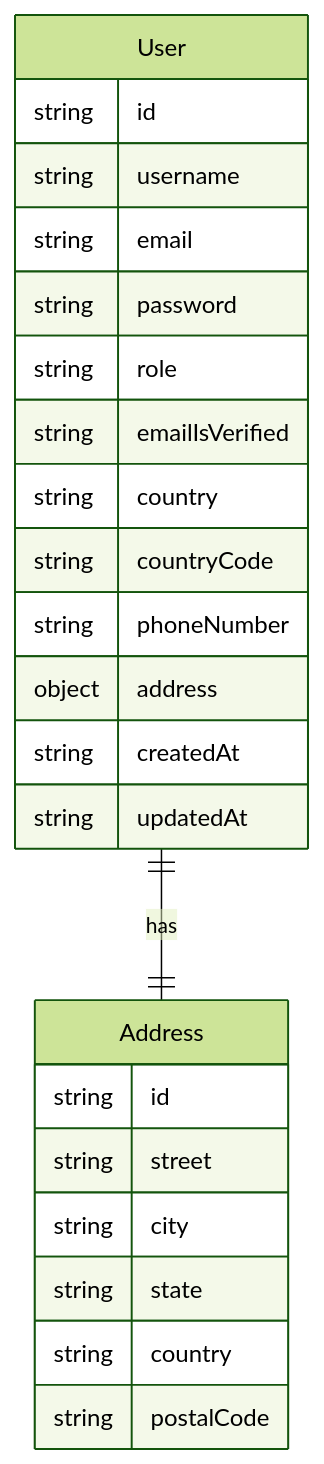
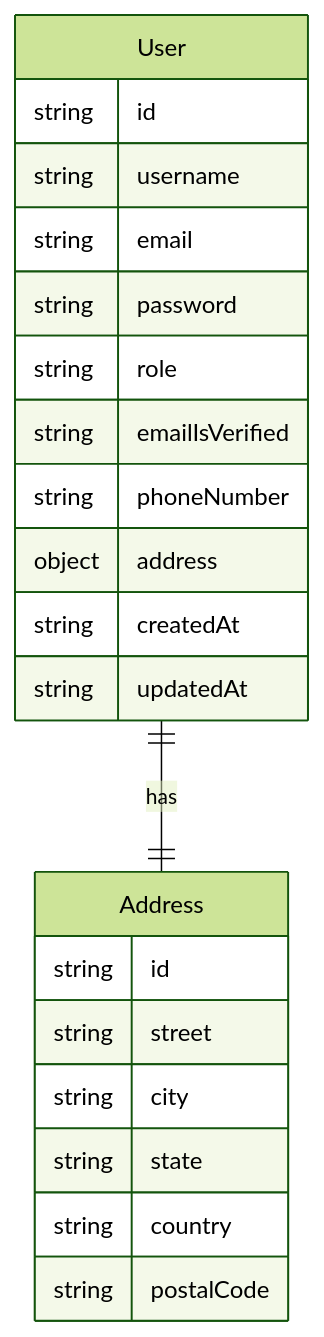
The diagram in prisma/db.md (Phastboy/library), drawn with Mermaid (forest theme) before and after one commit. The commit also changed 5 other files, not shown here.

First line of the commit message:
refactor(user): update user DTOs and Prisma schema

````diff
--- a/prisma/db.md
+++ b/prisma/db.md
@@ -3,26 +3,24 @@
 ```mermaid
 erDiagram
 User {
     string id
     string username
     string email
     string password
     string role
     string emailIsVerified
-    string country
-    string countryCode
     string phoneNumber
     object address
     string createdAt
     string updatedAt
 }
 Address {
     string id
     string street
     string city
     string state
     string country
     string postalCode
 }
 User ||--|| Address : has
 ```
````
